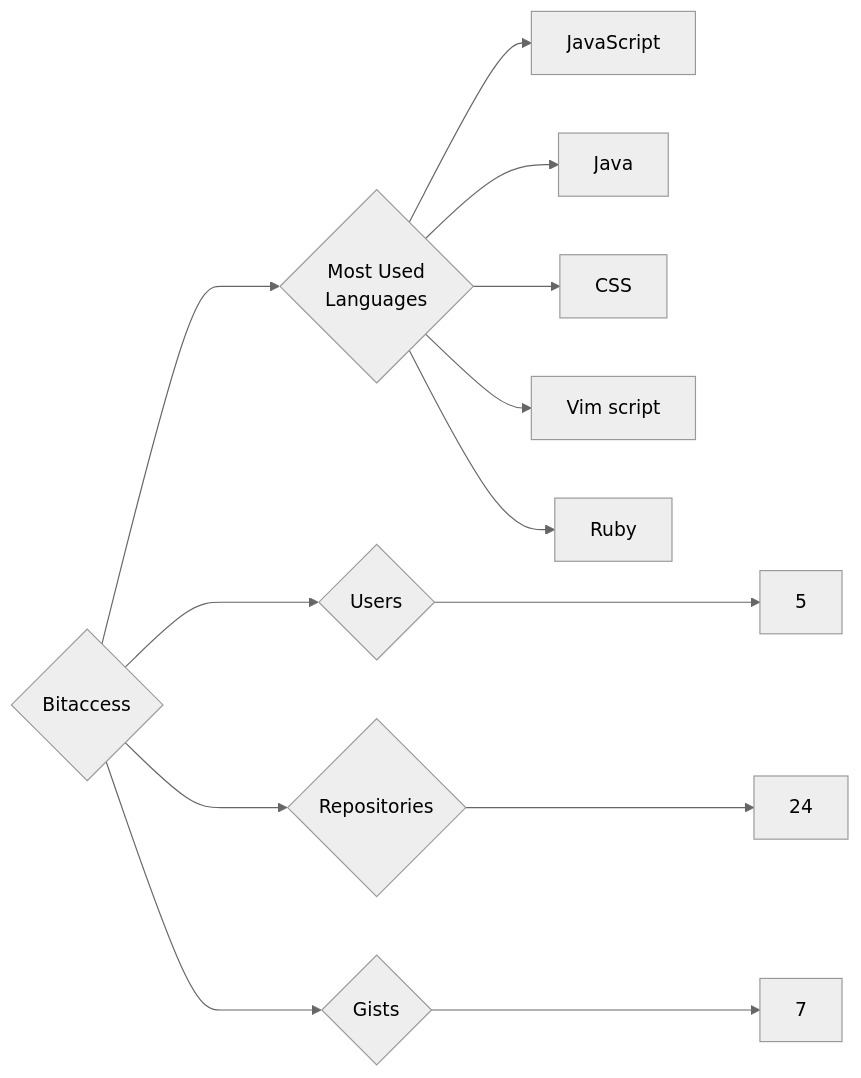
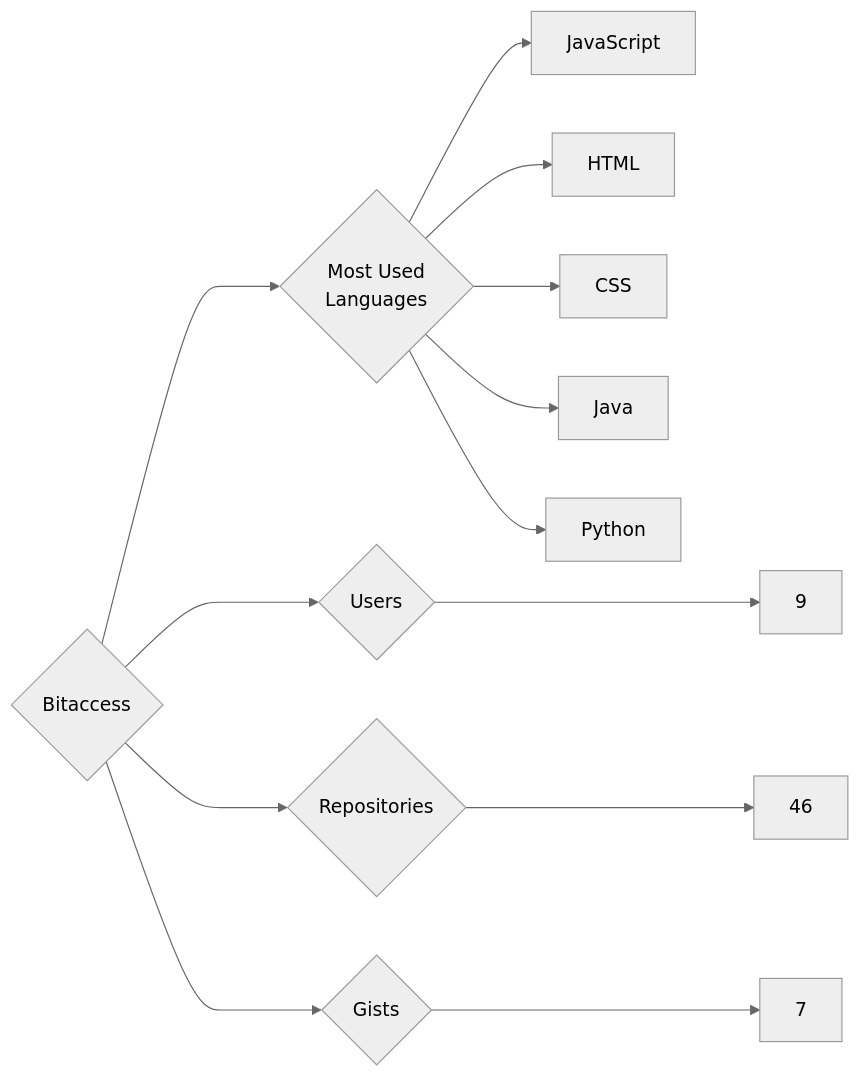
One commit to trickest/insiders changed the diagram in targets/Bitaccess/README.md. Above: the diagram before and after it, drawn with Mermaid (neutral theme). The commit also changed 847 other files, not shown here.

````diff
--- a/targets/Bitaccess/README.md
+++ b/targets/Bitaccess/README.md
@@ -3,13 +3,13 @@
 ```mermaid
 graph LR
 COMPANY_NAME{Bitaccess}
-COMPANY_NAME ---> U{Users} ---> UN[5]
-COMPANY_NAME ---> R{Repositories} ---> RN[24]
+COMPANY_NAME ---> U{Users} ---> UN[9]
+COMPANY_NAME ---> R{Repositories} ---> RN[46]
 COMPANY_NAME ---> G{Gists} ---> GN[7]
 COMPANY_NAME ---> ML{Most Used<br>Languages}
 ML --> JavaScript[JavaScript]
+ML --> HTML[HTML]
+ML --> CSS[CSS]
 ML --> Java[Java]
-ML --> CSS[CSS]
-ML --> Vim_script[Vim script]
-ML --> Ruby[Ruby]
+ML --> Python[Python]
 ```
````
